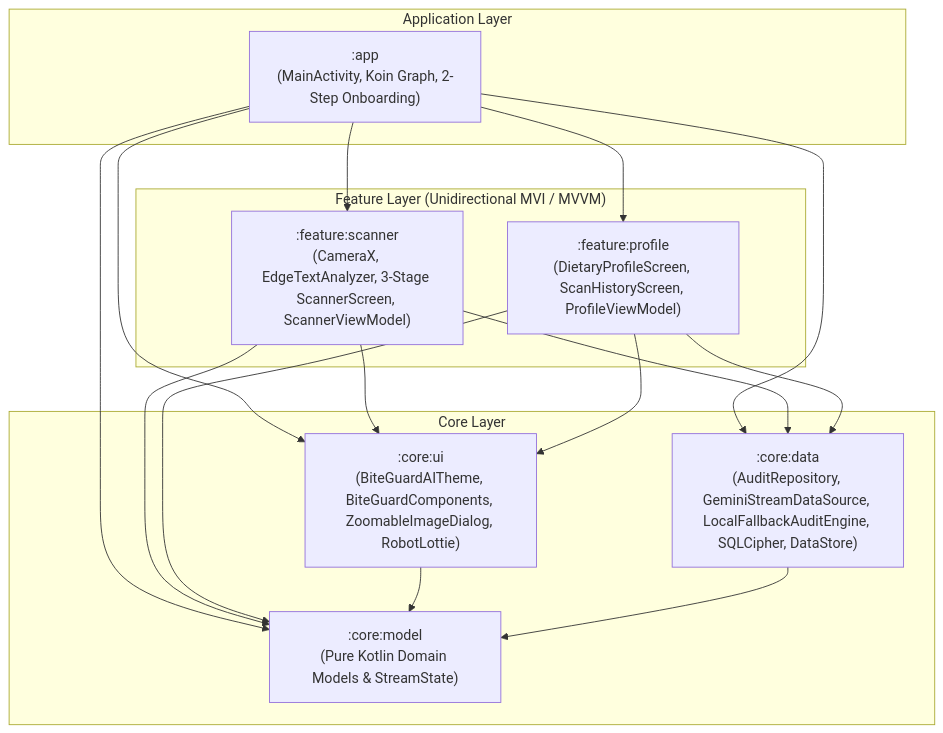
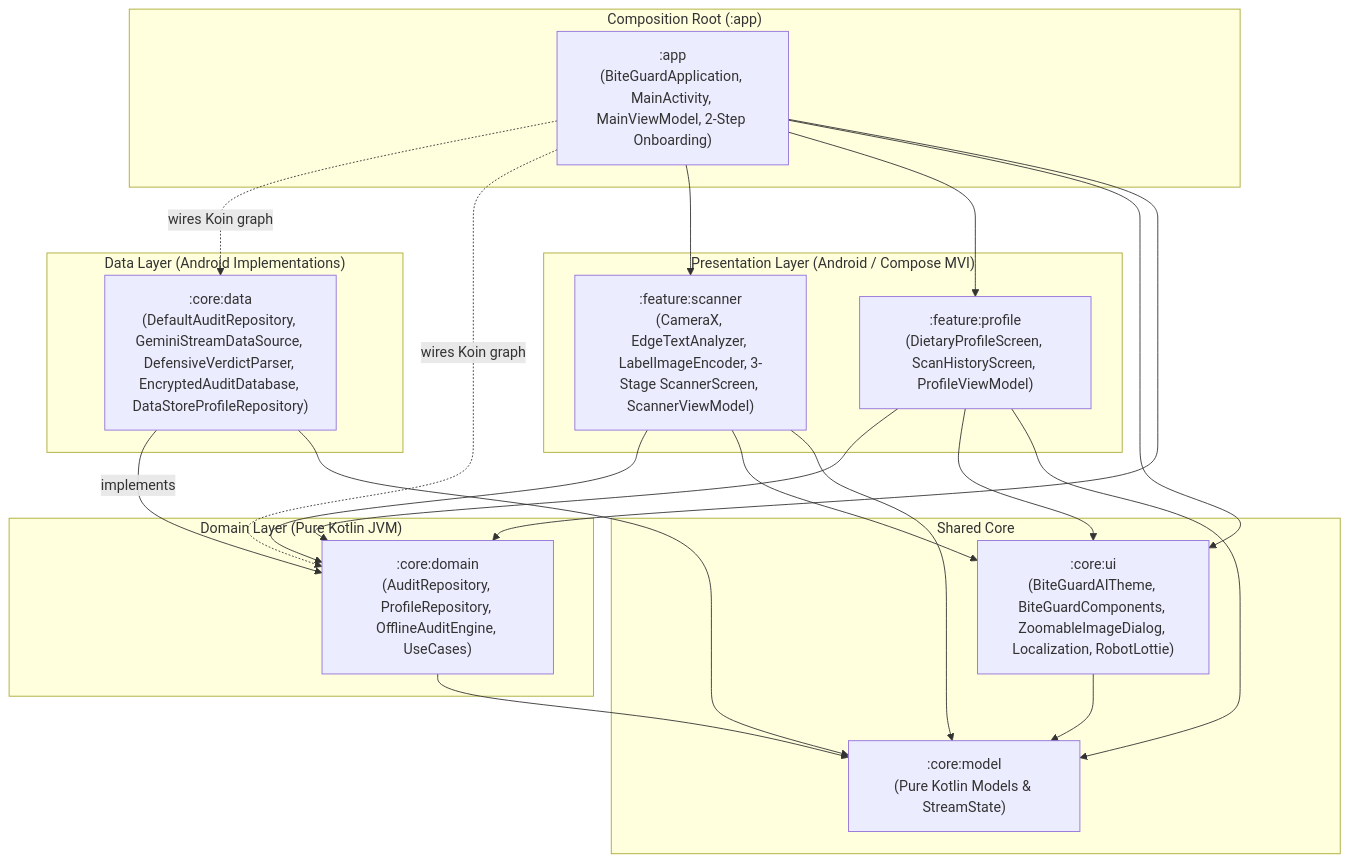
The first of 2 diagrams in .artifacts/TECHNICAL_DOCUMENTATION.md (akmalrafinursyabani/BiteGuard_Android), drawn with Mermaid before and after one commit. The commit also changed other lines of this file and 45 other files, not shown here.

Commit message:
Add Domain, tests, and improve clean architectures

````diff
--- a/.artifacts/TECHNICAL_DOCUMENTATION.md
+++ b/.artifacts/TECHNICAL_DOCUMENTATION.md
@@ -45,31 +45,44 @@
 ```mermaid
 flowchart TD
-    subgraph AppLayer["Application Layer"]
-        APP[":app\n(MainActivity, Koin Graph, 2-Step Onboarding)"]
+    subgraph AppLayer["Composition Root (:app)"]
+        APP[":app\n(BiteGuardApplication, MainActivity, MainViewModel, 2-Step Onboarding)"]
     end
 
-    subgraph FeatureLayer["Feature Layer (Unidirectional MVI / MVVM)"]
-        SCAN[":feature:scanner\n(CameraX, EdgeTextAnalyzer, 3-Stage ScannerScreen, ScannerViewModel)"]
+    subgraph FeatureLayer["Presentation Layer (Android / Compose MVI)"]
+        SCAN[":feature:scanner\n(CameraX, EdgeTextAnalyzer, LabelImageEncoder, 3-Stage ScannerScreen, ScannerViewModel)"]
         PROF[":feature:profile\n(DietaryProfileScreen, ScanHistoryScreen, ProfileViewModel)"]
     end
 
-    subgraph CoreLayer["Core Layer"]
-        UI[":core:ui\n(BiteGuardAITheme, BiteGuardComponents, ZoomableImageDialog, RobotLottie)"]
-        DATA[":core:data\n(AuditRepository, GeminiStreamDataSource, LocalFallbackAuditEngine, SQLCipher, DataStore)"]
-        MODEL[":core:model\n(Pure Kotlin Domain Models & StreamState)"]
+    subgraph DataLayer["Data Layer (Android Implementations)"]
+        DATA[":core:data\n(DefaultAuditRepository, GeminiStreamDataSource, DefensiveVerdictParser, EncryptedAuditDatabase, DataStoreProfileRepository)"]
     end
 
+    subgraph DomainLayer["Domain Layer (Pure Kotlin JVM)"]
+        DOMAIN[":core:domain\n(AuditRepository, ProfileRepository, OfflineAuditEngine, UseCases)"]
+    end
+
+    subgraph SharedCore["Shared Core"]
+        UI[":core:ui\n(BiteGuardAITheme, BiteGuardComponents, ZoomableImageDialog, Localization, RobotLottie)"]
+        MODEL[":core:model\n(Pure Kotlin Models & StreamState)"]
+    end
+
+    APP -.->|wires Koin graph| DATA
+    APP -.->|wires Koin graph| DOMAIN
     APP --> SCAN
     APP --> PROF
     APP --> UI
-    APP --> DATA
-    APP --> MODEL
+    APP --> DOMAIN
+
+    SCAN --> DOMAIN
     SCAN --> UI
-    SCAN --> DATA
     SCAN --> MODEL
+
+    PROF --> DOMAIN
     PROF --> UI
-    PROF --> DATA
     PROF --> MODEL
+
+    DATA -->|implements| DOMAIN
+    DATA --> MODEL
+    DOMAIN --> MODEL
     UI --> MODEL
-    DATA --> MODEL
 ```
````
